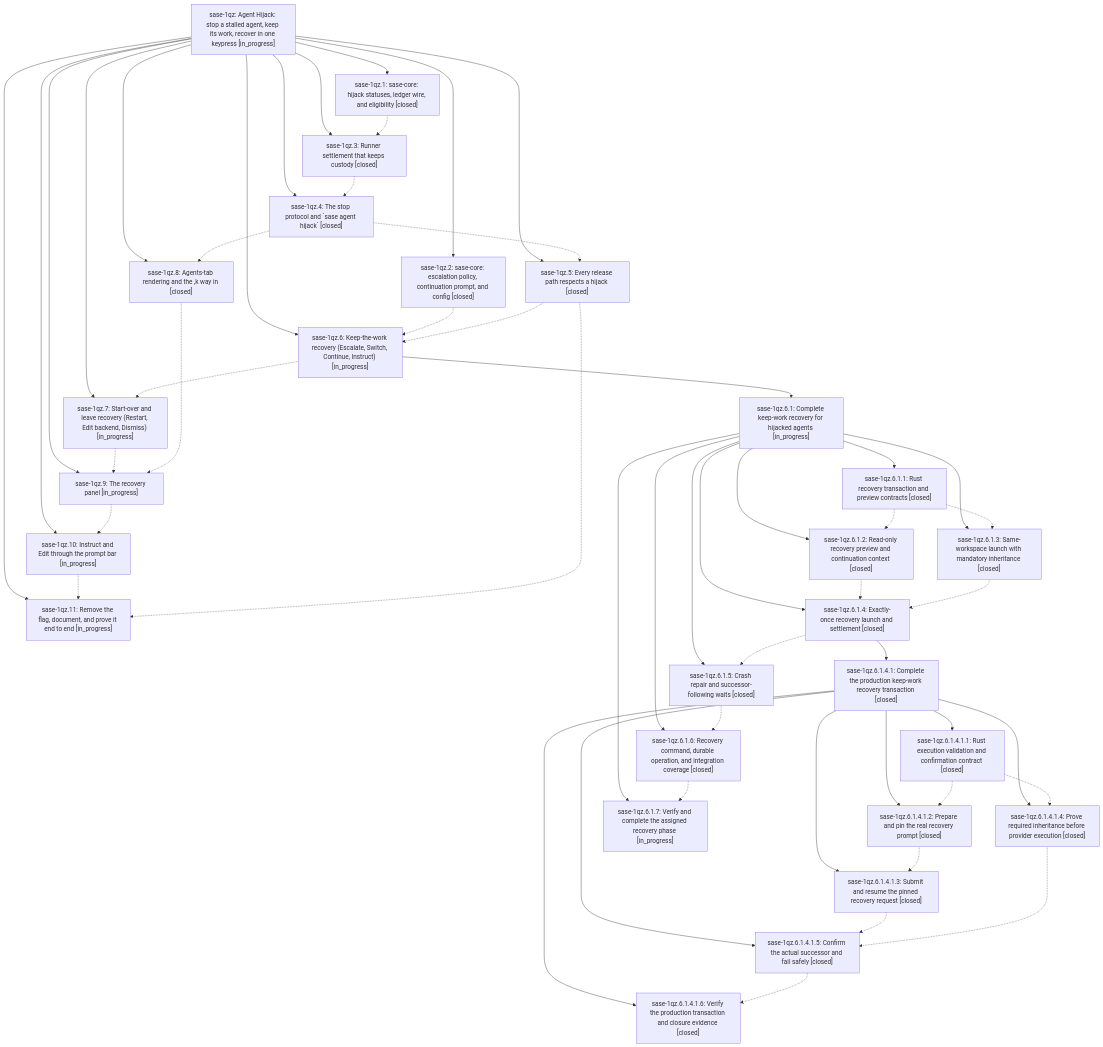
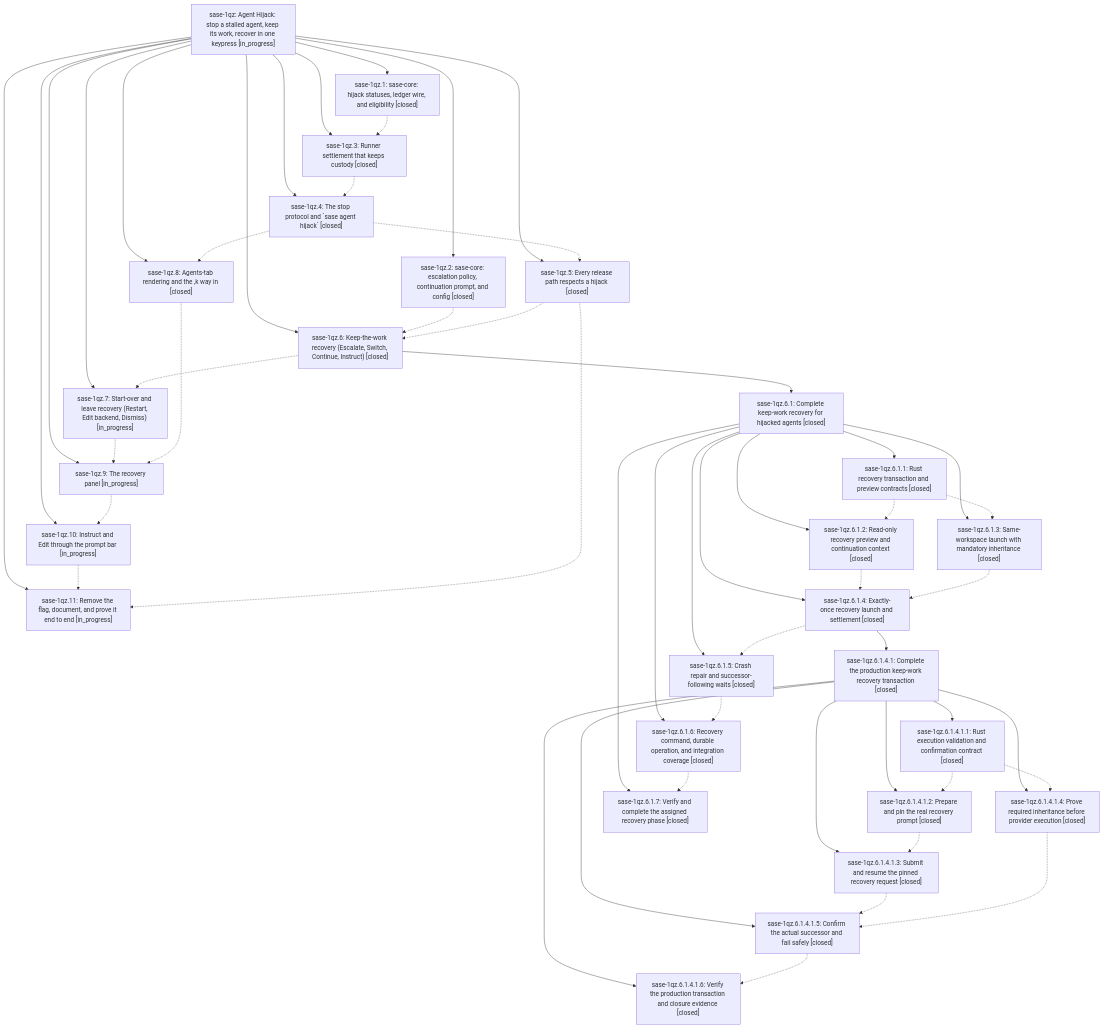
One commit to sase-org/sase--beads changed the diagram in pages/sase-1qz/README.md. Above: the diagram before and after it, drawn with Mermaid. The commit also changed other lines of this file and 7 other files, not shown here.

````diff
--- a/pages/sase-1qz/README.md
+++ b/pages/sase-1qz/README.md
@@ -36,81 +36,81 @@
 ```mermaid
 flowchart TD
     n0["sase-1qz: Agent Hijack: stop a stalled agent, keep its work, recover in one keypress [in_progress]"]
     n1["sase-1qz.1: sase-core: hijack statuses, ledger wire, and eligibility [closed]"]
     n2["sase-1qz.10: Instruct and Edit through the prompt bar [in_progress]"]
     n3["sase-1qz.11: Remove the flag, document, and prove it end to end [in_progress]"]
     n4["sase-1qz.2: sase-core: escalation policy, continuation prompt, and config [closed]"]
     n5["sase-1qz.3: Runner settlement that keeps custody [closed]"]
     n6["sase-1qz.4: The stop protocol and `sase agent hijack` [closed]"]
     n7["sase-1qz.5: Every release path respects a hijack [closed]"]
-    n8["sase-1qz.6: Keep-the-work recovery (Escalate, Switch, Continue, Instruct) [in_progress]"]
-    n9["sase-1qz.6.1: Complete keep-work recovery for hijacked agents [in_progress]"]
+    n8["sase-1qz.6: Keep-the-work recovery (Escalate, Switch, Continue, Instruct) [closed]"]
+    n9["sase-1qz.6.1: Complete keep-work recovery for hijacked agents [closed]"]
     n10["sase-1qz.6.1.1: Rust recovery transaction and preview contracts [closed]"]
     n11["sase-1qz.6.1.2: Read-only recovery preview and continuation context [closed]"]
     n12["sase-1qz.6.1.3: Same-workspace launch with mandatory inheritance [closed]"]
     n13["sase-1qz.6.1.4: Exactly-once recovery launch and settlement [closed]"]
     n14["sase-1qz.6.1.4.1: Complete the production keep-work recovery transaction [closed]"]
     n15["sase-1qz.6.1.4.1.1: Rust execution validation and confirmation contract [closed]"]
     n16["sase-1qz.6.1.4.1.2: Prepare and pin the real recovery prompt [closed]"]
     n17["sase-1qz.6.1.4.1.3: Submit and resume the pinned recovery request [closed]"]
     n18["sase-1qz.6.1.4.1.4: Prove required inheritance before provider execution [closed]"]
     n19["sase-1qz.6.1.4.1.5: Confirm the actual successor and fail safely [closed]"]
     n20["sase-1qz.6.1.4.1.6: Verify the production transaction and closure evidence [closed]"]
     n21["sase-1qz.6.1.5: Crash repair and successor-following waits [closed]"]
     n22["sase-1qz.6.1.6: Recovery command, durable operation, and integration coverage [closed]"]
-    n23["sase-1qz.6.1.7: Verify and complete the assigned recovery phase [in_progress]"]
+    n23["sase-1qz.6.1.7: Verify and complete the assigned recovery phase [closed]"]
     n24["sase-1qz.7: Start-over and leave recovery (Restart, Edit backend, Dismiss) [in_progress]"]
     n25["sase-1qz.8: Agents-tab rendering and the ,k way in [closed]"]
     n26["sase-1qz.9: The recovery panel [in_progress]"]
     n0 --> n1
     n0 --> n2
     n0 --> n3
     n0 --> n4
     n0 --> n5
     n0 --> n6
     n0 --> n7
     n0 --> n8
     n8 --> n9
     n9 --> n10
     n9 --> n11
     n9 --> n12
     n9 --> n13
     n13 --> n14
     n14 --> n15
     n14 --> n16
     n14 --> n17
     n14 --> n18
     n14 --> n19
     n14 --> n20
     n9 --> n21
     n9 --> n22
     n9 --> n23
     n0 --> n24
     n0 --> n25
     n0 --> n26
     n1 -.-> n5
     n2 -.-> n3
     n4 -.-> n8
     n5 -.-> n6
     n6 -.-> n7
     n6 -.-> n25
     n7 -.-> n3
     n7 -.-> n8
     n8 -.-> n24
     n10 -.-> n11
     n10 -.-> n12
     n11 -.-> n13
     n12 -.-> n13
     n13 -.-> n21
     n15 -.-> n16
     n15 -.-> n18
     n16 -.-> n17
     n17 -.-> n19
     n18 -.-> n19
     n19 -.-> n20
     n21 -.-> n22
     n22 -.-> n23
     n24 -.-> n26
     n25 -.-> n26
     n26 -.-> n2
 ```
````
